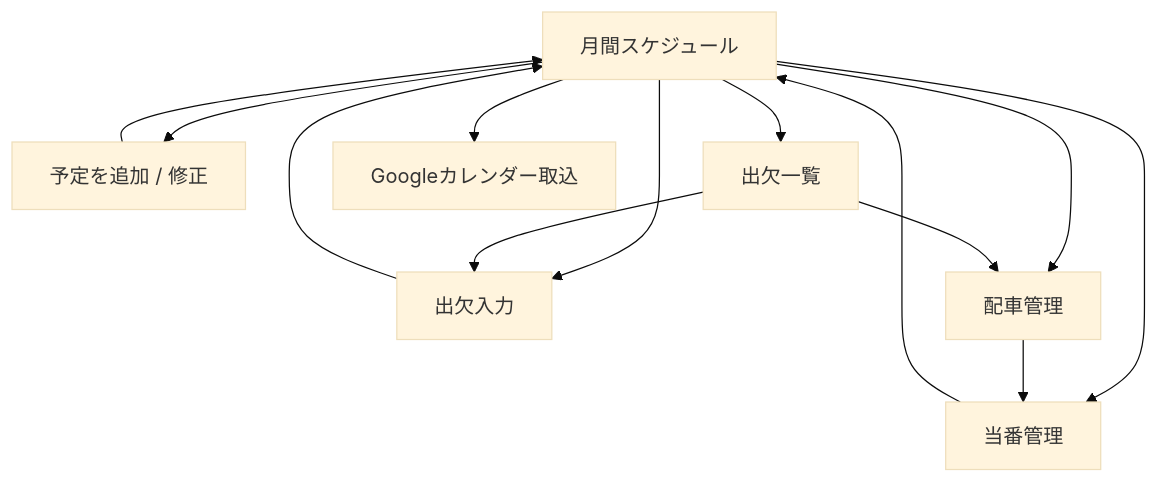
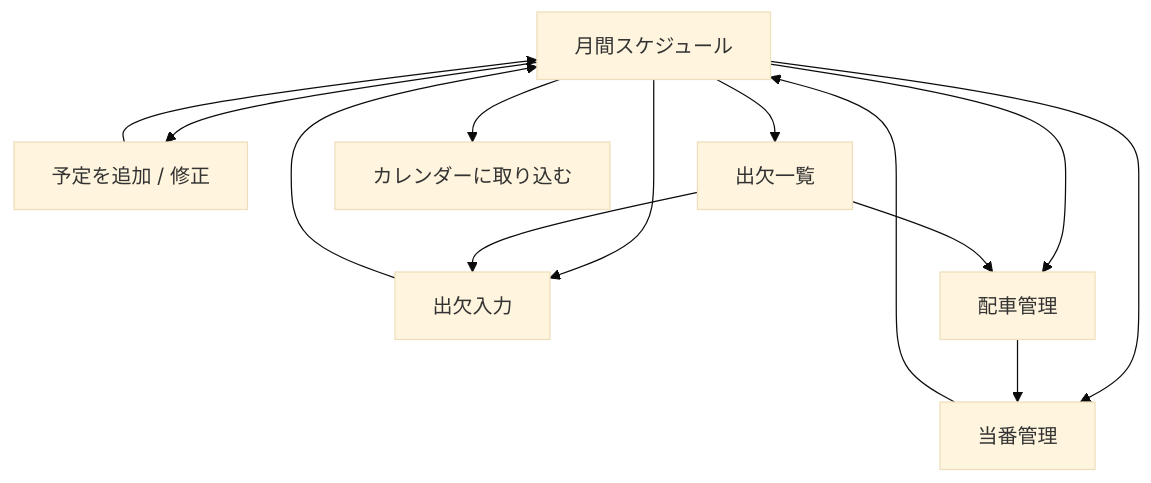
Before and after one commit to knakamura128/junior-soccer-score-memo: the diagram in docs/schedule-guide.md, drawn with Mermaid (base theme). The commit also changed other lines of this file and 3 other files, not shown here.

````diff
--- a/docs/schedule-guide.md
+++ b/docs/schedule-guide.md
@@ -5,15 +5,15 @@
 ```mermaid
 flowchart TD
   A["月間スケジュール"] --> B["予定を追加 / 修正"]
   A --> C["出欠入力"]
   A --> D["出欠一覧"]
   A --> E["配車管理"]
   A --> F["当番管理"]
-  A --> G["Googleカレンダー取込"]
+  A --> G["カレンダーに取り込む"]
   B --> A
   C --> A
   D --> C
   D --> E
   E --> F
   F --> A
 ```
````
